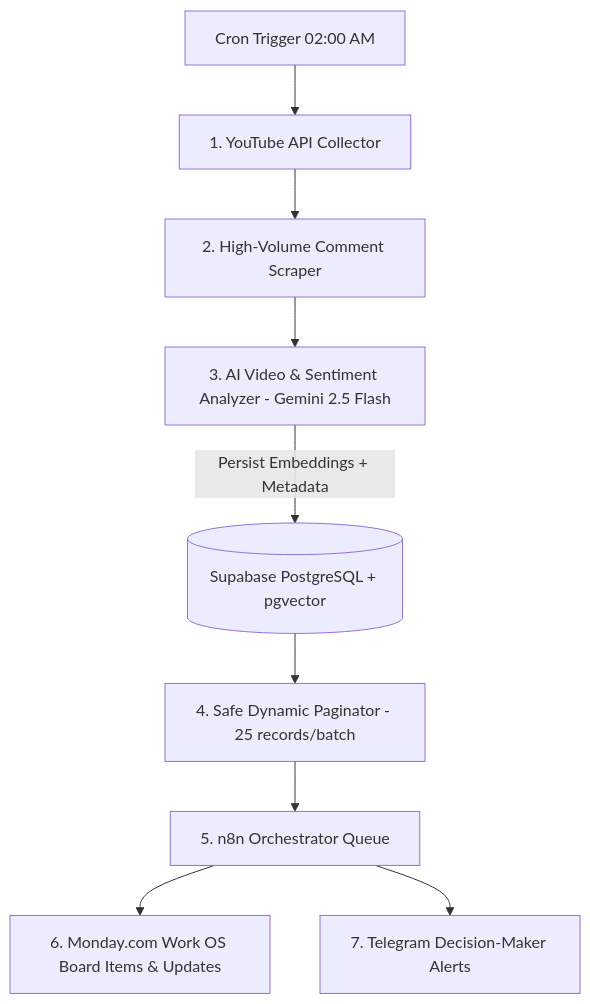
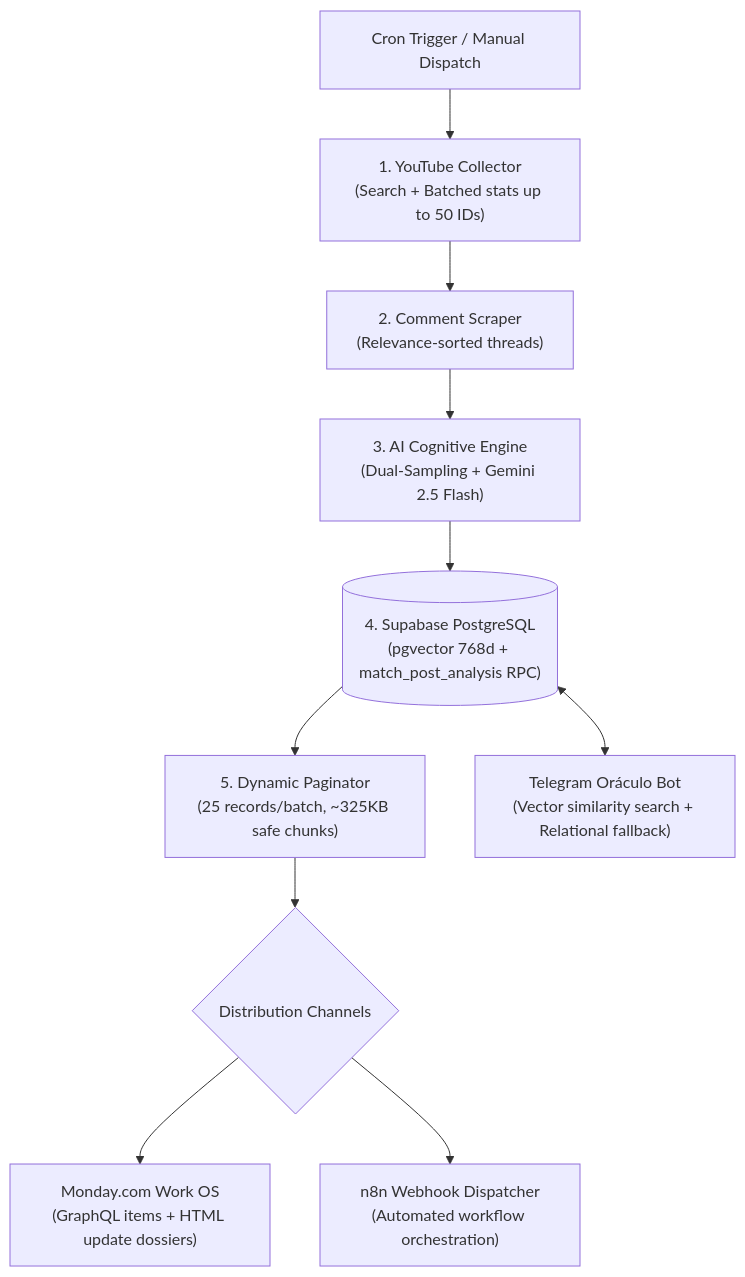
Before and after one commit to jraphaelcunha/trend-intelligence-engine: the diagram in README.md, drawn with Mermaid. The commit also changed other lines of this file and 1 other file, not shown here.

Commit message:
docs: align READMEs with verified architecture, dual-sampling, and sports intelligence use case

````diff
--- a/README.md
+++ b/README.md
@@ -31,11 +44,12 @@
 ```mermaid
 flowchart TD
-    A[Cron Trigger 02:00 AM] --> B[1. YouTube API Collector]
-    B --> C[2. High-Volume Comment Scraper]
-    C --> D[3. AI Video & Sentiment Analyzer - Gemini 2.5 Flash]
-    D -->|Persist Embeddings + Metadata| E[(Supabase PostgreSQL + pgvector)]
-    E --> F[4. Safe Dynamic Paginator - 25 records/batch]
-    F --> G[5. n8n Orchestrator Queue]
-    G --> H[6. Monday.com Work OS Board Items & Updates]
-    G --> I[7. Telegram Decision-Maker Alerts]
+    Cron["Cron Trigger / Manual Dispatch"] --> Collector["1. YouTube Collector\n(Search + Batched stats up to 50 IDs)"]
+    Collector --> Scraper["2. Comment Scraper\n(Relevance-sorted threads)"]
+    Scraper --> Analyzer["3. AI Cognitive Engine\n(Dual-Sampling + Gemini 2.5 Flash)"]
+    Analyzer --> Supabase[("4. Supabase PostgreSQL\n(pgvector 768d + match_post_analysis RPC)")]
+    Supabase --> Fetcher["5. Dynamic Paginator\n(25 records/batch, ~325KB safe chunks)"]
+    Fetcher --> Distribution{"Distribution Channels"}
+    Distribution --> Monday["Monday.com Work OS\n(GraphQL items + HTML update dossiers)"]
+    Distribution --> N8N["n8n Webhook Dispatcher\n(Automated workflow orchestration)"]
+    Supabase <--> Telegram["Telegram Oráculo Bot\n(Vector similarity search + Relational fallback)"]
 ```
````
